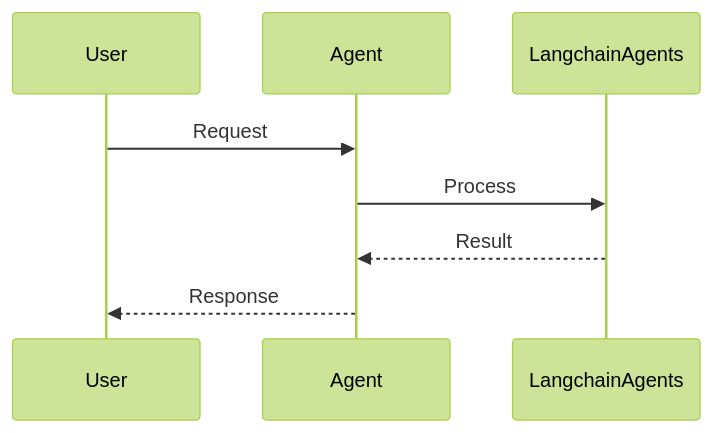
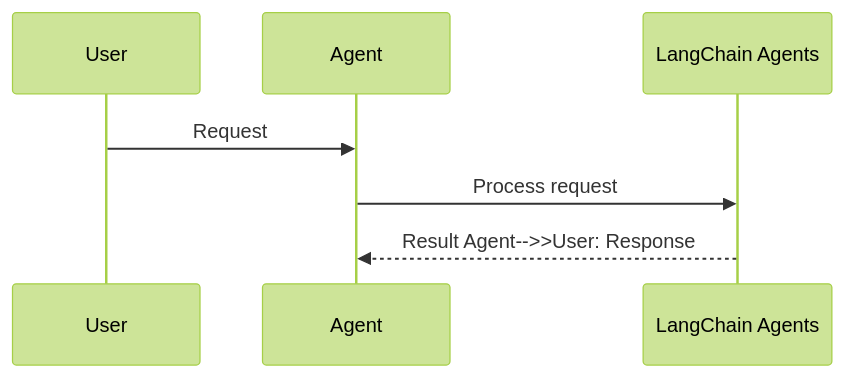
The second of 2 diagrams in docs/features/langchain.mdx (MervinPraison/PraisonAIDocs), drawn with Mermaid (forest theme) before and after one commit. The commit also changed 204 other files, not shown here.

First line of the commit message:
docs: align feature/tool pages with AGENTS.md hero + sequence + import standards (fixes #1775)

````diff
--- a/docs/features/langchain.mdx
+++ b/docs/features/langchain.mdx
@@ -39,11 +39,10 @@
 ```mermaid
 sequenceDiagram
     participant User
     participant Agent
-    participant LangchainAgents
+    participant Feature as LangChain Agents
 
     User->>Agent: Request
-    Agent->>LangchainAgents: Process
-    LangchainAgents-->>Agent: Result
-    Agent-->>User: Response
+    Agent->>Feature: Process request
+    Feature-->>Agent: Result    Agent-->>User: Response
 ```
````
